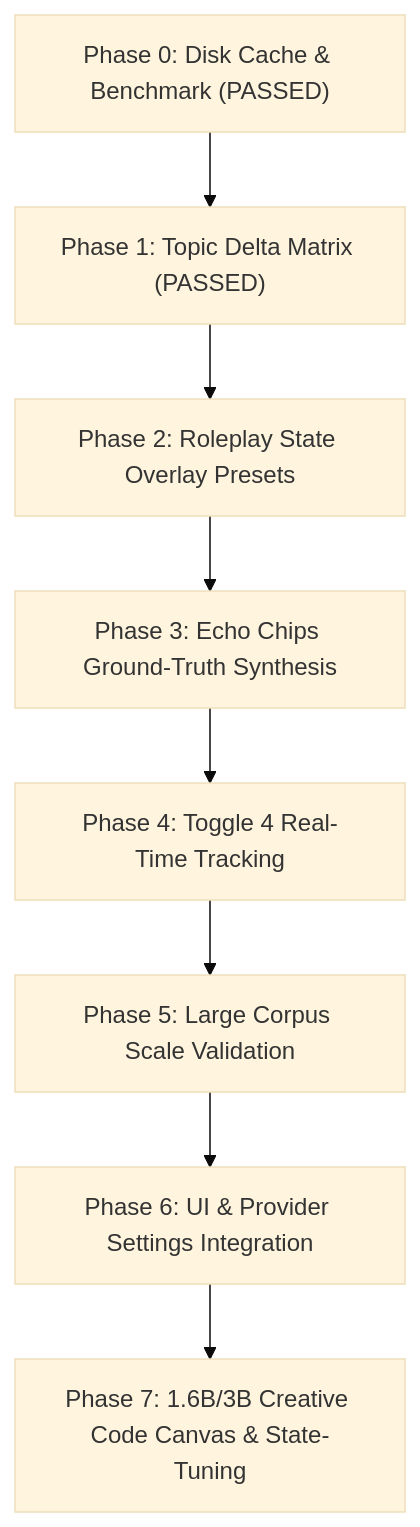
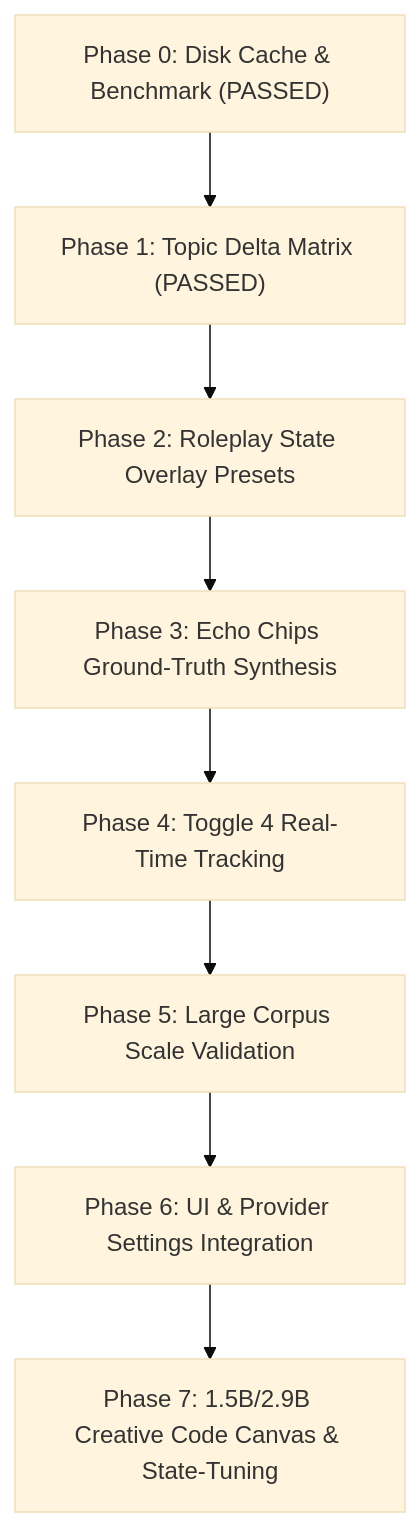
One commit to gg582/airi changed the diagram in docs/project-rwkv-cleanroom-harness-plan.md. Above: the diagram before and after it, drawn with Mermaid (base theme). The commit also changed other lines of this file and 16 other files, not shown here.

Commit message:
feat(rwkv-harness): implement phase 7 creative code canvas and render harness snapshot

````diff
--- a/docs/project-rwkv-cleanroom-harness-plan.md
+++ b/docs/project-rwkv-cleanroom-harness-plan.md
@@ -82,10 +82,10 @@
 ```mermaid
 graph TD
     P0["Phase 0: Disk Cache & Benchmark (PASSED)"] --> P1["Phase 1: Topic Delta Matrix (PASSED)"]
     P1 --> P2["Phase 2: Roleplay State Overlay Presets"]
     P2 --> P3["Phase 3: Echo Chips Ground-Truth Synthesis"]
     P3 --> P4["Phase 4: Toggle 4 Real-Time Tracking"]
     P4 --> P5["Phase 5: Large Corpus Scale Validation"]
     P5 --> P6["Phase 6: UI & Provider Settings Integration"]
-    P6 --> P7["Phase 7: 1.6B/3B Creative Code Canvas & State-Tuning"]
+    P6 --> P7["Phase 7: 1.5B/2.9B Creative Code Canvas & State-Tuning"]
 ```
````
